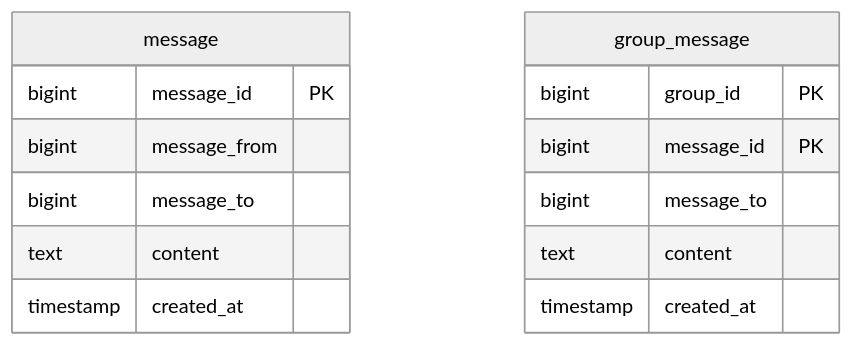
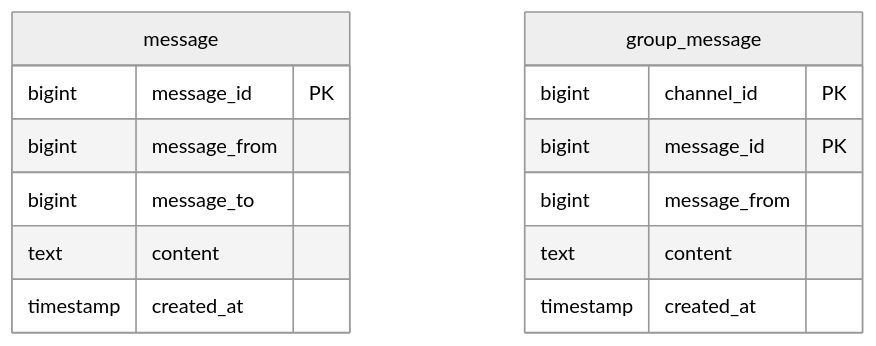
The ninth of 9 diagrams in _skills/system-design/chatting.md (choesimin/choesimin.github.io), drawn with Mermaid (neutral theme) before and after one commit. The commit also changed other lines of this file, not shown here.

````diff
--- a/_skills/system-design/chatting.md
+++ b/_skills/system-design/chatting.md
@@ -356,19 +356,19 @@
 ```mermaid
 erDiagram
 
 message {
     bigint message_id PK
     bigint message_from
     bigint message_to
     text content
     timestamp created_at
 }
 
 group_message {
-    bigint group_id PK
+    bigint channel_id PK
     bigint message_id PK
-    bigint message_to
+    bigint message_from
     text content
     timestamp created_at
 }
 ```
````
